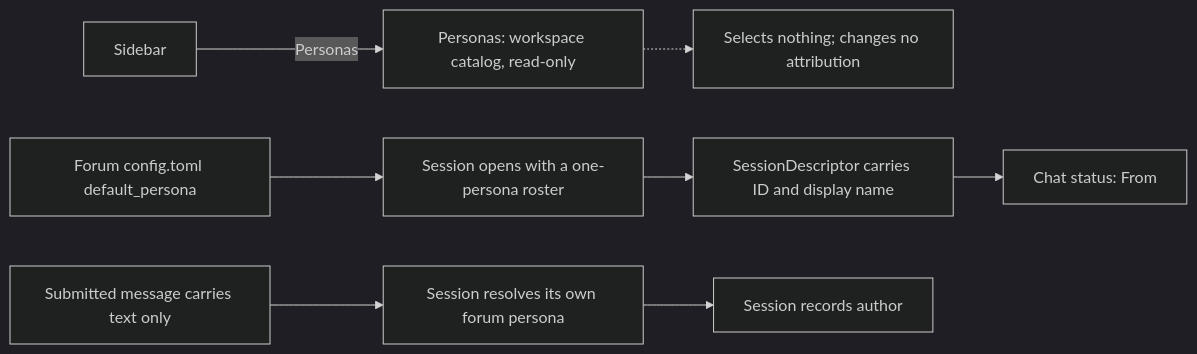
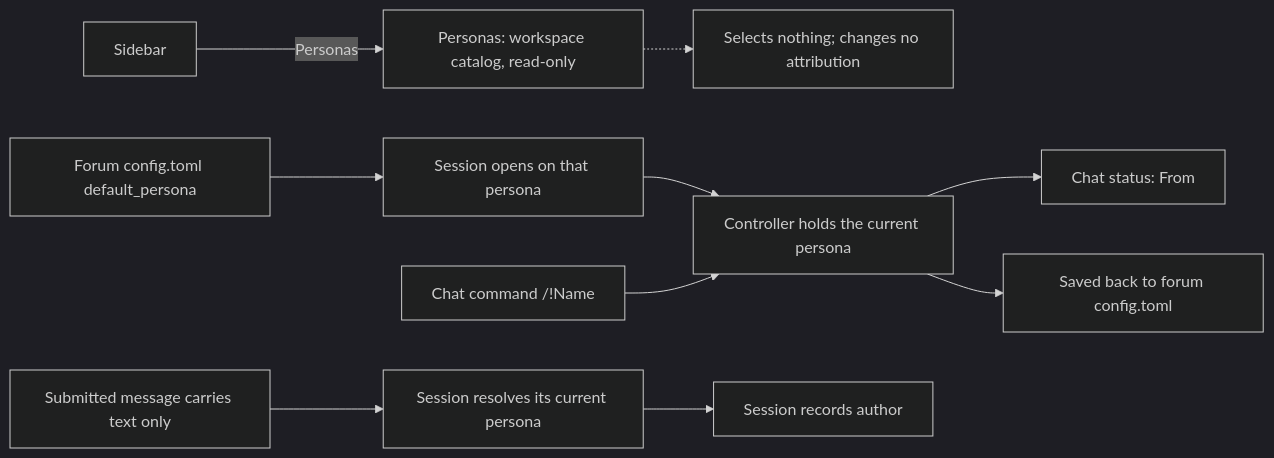
Before and after one commit to michaelpopov/cha: the fourth of 6 diagrams in docs/web-ui/flows.md, drawn with Mermaid (dark theme). The commit also changed other lines of this file and 36 other files, not shown here.

Commit message:
Added command for setting persona

````diff
--- a/docs/web-ui/flows.md
+++ b/docs/web-ui/flows.md
@@ -67,10 +67,12 @@
 ```mermaid
 flowchart LR
     Sidebar["Sidebar"] -->|"Personas"| Personas["Personas: workspace catalog, read-only"]
     Personas -.-> Nothing["Selects nothing; changes no attribution"]
-    Config["Forum config.toml default_persona"] --> Open["Session opens with a one-persona roster"]
-    Open --> Descriptor["SessionDescriptor carries ID and display name"]
-    Descriptor --> Status["Chat status: From"]
-    Submit["Submitted message carries text only"] --> Resolve["Session resolves its own forum persona"]
+    Config["Forum config.toml default_persona"] --> Open["Session opens on that persona"]
+    Open --> Current["Controller holds the current persona"]
+    Command["Chat command /!Name"] --> Current
+    Current --> Status["Chat status: From"]
+    Current --> Save["Saved back to forum config.toml"]
+    Submit["Submitted message carries text only"] --> Resolve["Session resolves its current persona"]
     Resolve --> Session["Session records author"]
 ```
````
